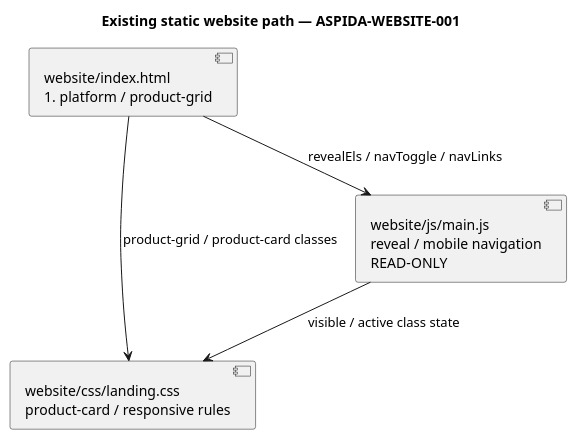
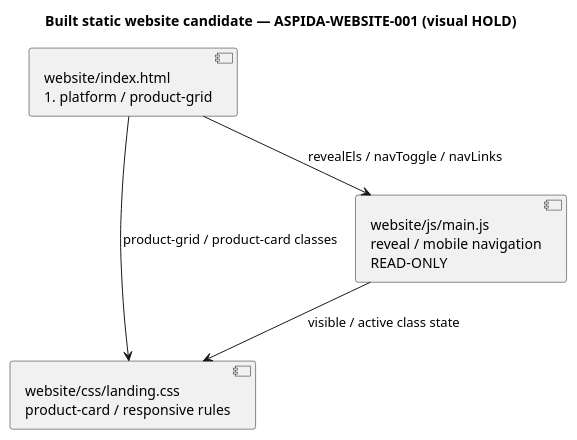
Before and after one commit to NeaBouli/stealth: the second of 2 diagrams in docs/architecture/map.puml, drawn with PlantUML. The commit also changed other lines of this file and 5 other files, not shown here.

Commit message:
docs: record built ASPIDA website candidate and visual hold

```diff
--- a/docs/architecture/map.puml
+++ b/docs/architecture/map.puml
@@ -14,9 +14,9 @@
 @startuml
-title Existing static website path — ASPIDA-WEBSITE-001
+title Built static website candidate — ASPIDA-WEBSITE-001 (visual HOLD)
 component "website/index.html\n#platform / product-grid" as HTML
 component "website/css/landing.css\nproduct-card / responsive rules" as CSS
 component "website/js/main.js\nreveal / mobile navigation\nREAD-ONLY" as JS
 HTML --> CSS : product-grid / product-card classes
 HTML --> JS : revealEls / navToggle / navLinks
 JS --> CSS : visible / active class state
 @enduml
```
